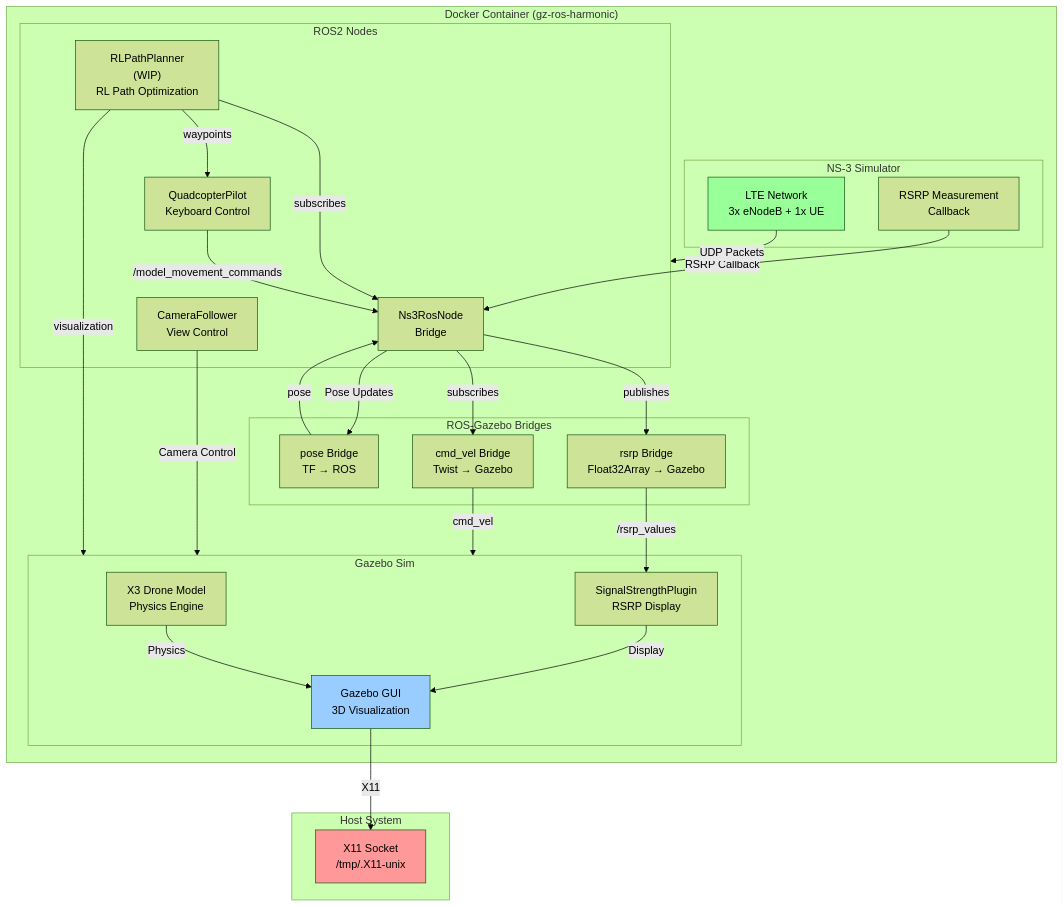
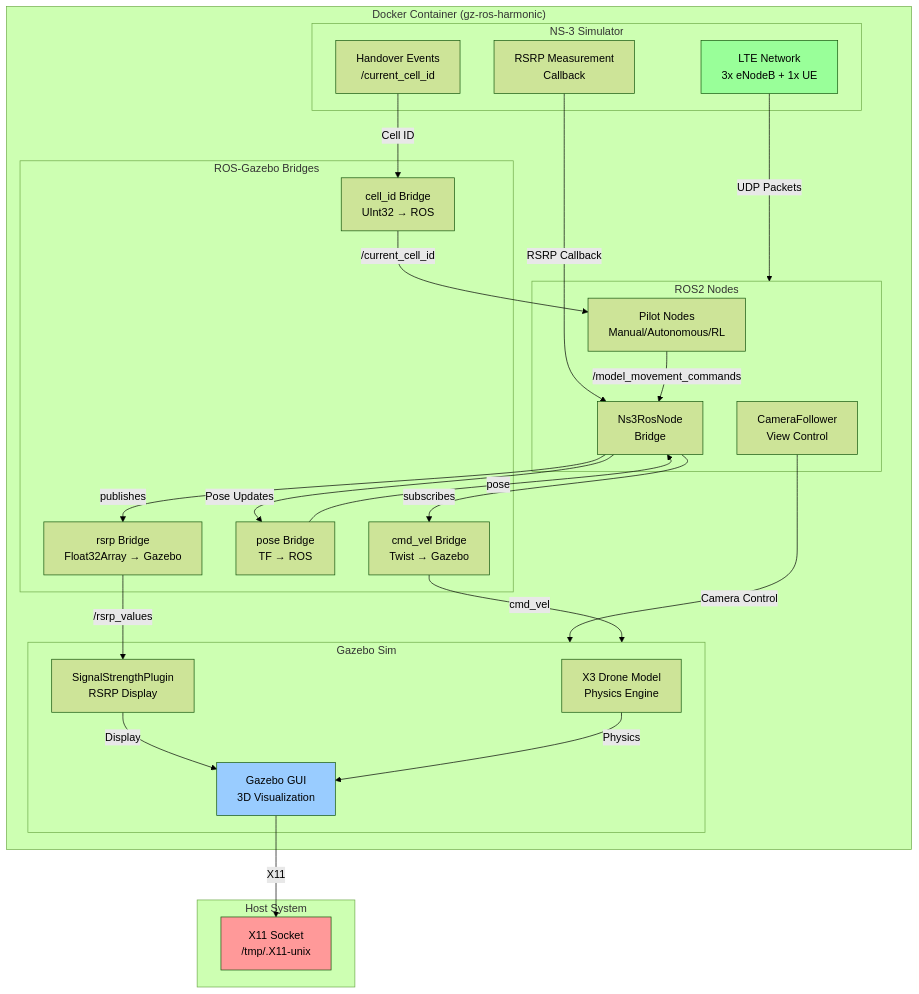
Before and after one commit to Anoop-Grunt/lte-drone-simulation-ns3-gazebo-ros: the diagram in README.md, drawn with Mermaid (forest theme). The commit also changed other lines of this file and 5 other files, not shown here.

````diff
--- a/README.md
+++ b/README.md
@@ -17,58 +17,58 @@
 ```mermaid
 graph TB
     subgraph Host["Host System"]
         X11["X11 Socket<br/>/tmp/.X11-unix"]
     end
     
     subgraph Docker["Docker Container (gz-ros-harmonic)"]
         subgraph NS3["NS-3 Simulator"]
             NS3_LTE["LTE Network<br/>3x eNodeB + 1x UE"]
             RSRP_TRACE["RSRP Measurement<br/>Callback"]
+            HANDOVER["Handover Events<br/>/current_cell_id"]
         end
         
         subgraph ROS["ROS2 Nodes"]
             NS3_ROS["Ns3RosNode<br/>Bridge"]
-            QUAD_PILOT["QuadcopterPilot<br/>Keyboard Control"]
+            PILOTS["Pilot Nodes<br/>Manual/Autonomous/RL"]
             CAMERA["CameraFollower<br/>View Control"]
-            RL_PLANNER["RLPathPlanner<br/>(WIP)<br/>RL Path Optimization"]
         end
         
         subgraph Bridges["ROS-Gazebo Bridges"]
             CMD_BRIDGE["cmd_vel Bridge<br/>Twist → Gazebo"]
             POSE_BRIDGE["pose Bridge<br/>TF → ROS"]
             RSRP_BRIDGE["rsrp Bridge<br/>Float32Array → Gazebo"]
+            CELL_BRIDGE["cell_id Bridge<br/>UInt32 → ROS"]
         end
         
         subgraph Gazebo["Gazebo Sim"]
             DRONE["X3 Drone Model<br/>Physics Engine"]
             SIGNAL_PLUGIN["SignalStrengthPlugin<br/>RSRP Display"]
             GUI["Gazebo GUI<br/>3D Visualization"]
         end
         
         NS3_LTE -->|UDP Packets| ROS
         RSRP_TRACE -->|RSRP Callback| NS3_ROS
+        HANDOVER -->|Cell ID| CELL_BRIDGE
         
         NS3_ROS -->|publishes| RSRP_BRIDGE
         NS3_ROS -->|subscribes| CMD_BRIDGE
         NS3_ROS -->|Pose Updates| POSE_BRIDGE
+        CELL_BRIDGE -->|/current_cell_id| PILOTS
         
-        QUAD_PILOT -->|/model_movement_commands| NS3_ROS
+        PILOTS -->|/model_movement_commands| NS3_ROS
         CAMERA -->|Camera Control| Gazebo
-        RL_PLANNER -->|subscribes| NS3_ROS
-        RL_PLANNER -->|waypoints| QUAD_PILOT
-        RL_PLANNER -->|visualization| Gazebo
         
         CMD_BRIDGE -->|cmd_vel| Gazebo
         POSE_BRIDGE -->|pose| NS3_ROS
         RSRP_BRIDGE -->|/rsrp_values| SIGNAL_PLUGIN
         
         SIGNAL_PLUGIN -->|Display| GUI
         DRONE -->|Physics| GUI
         
         GUI -->|X11| X11
     end
     
     style X11 fill:#ff9999
     style GUI fill:#99ccff
     style NS3_LTE fill:#99ff99
 ```
````
